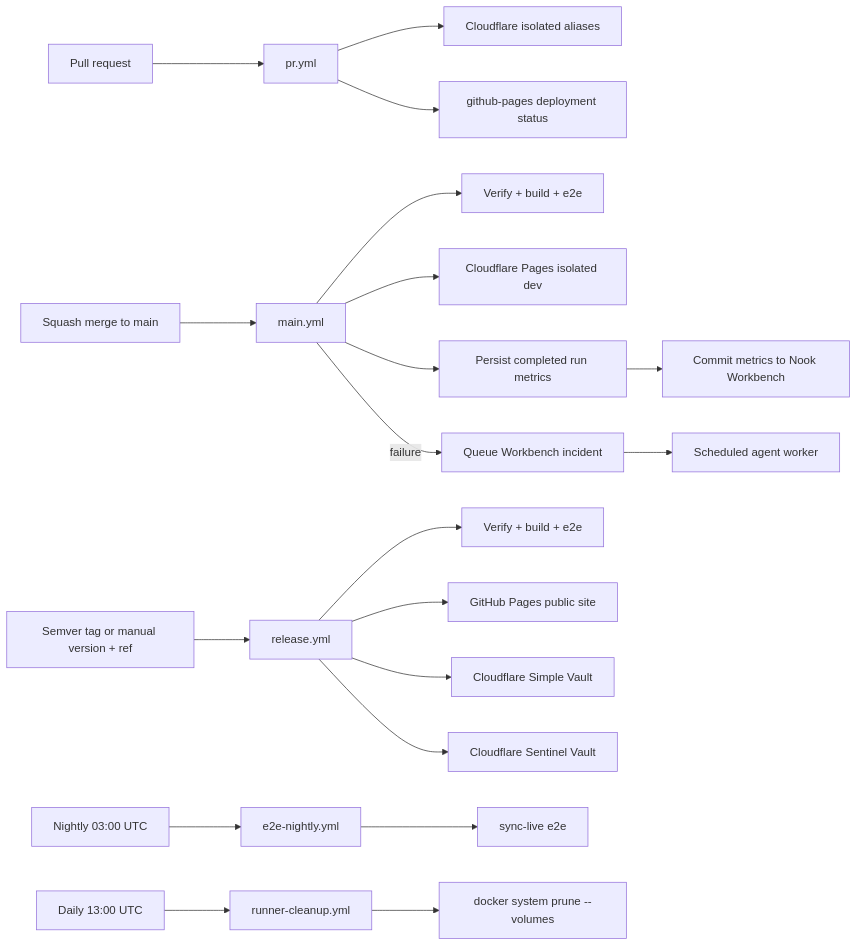
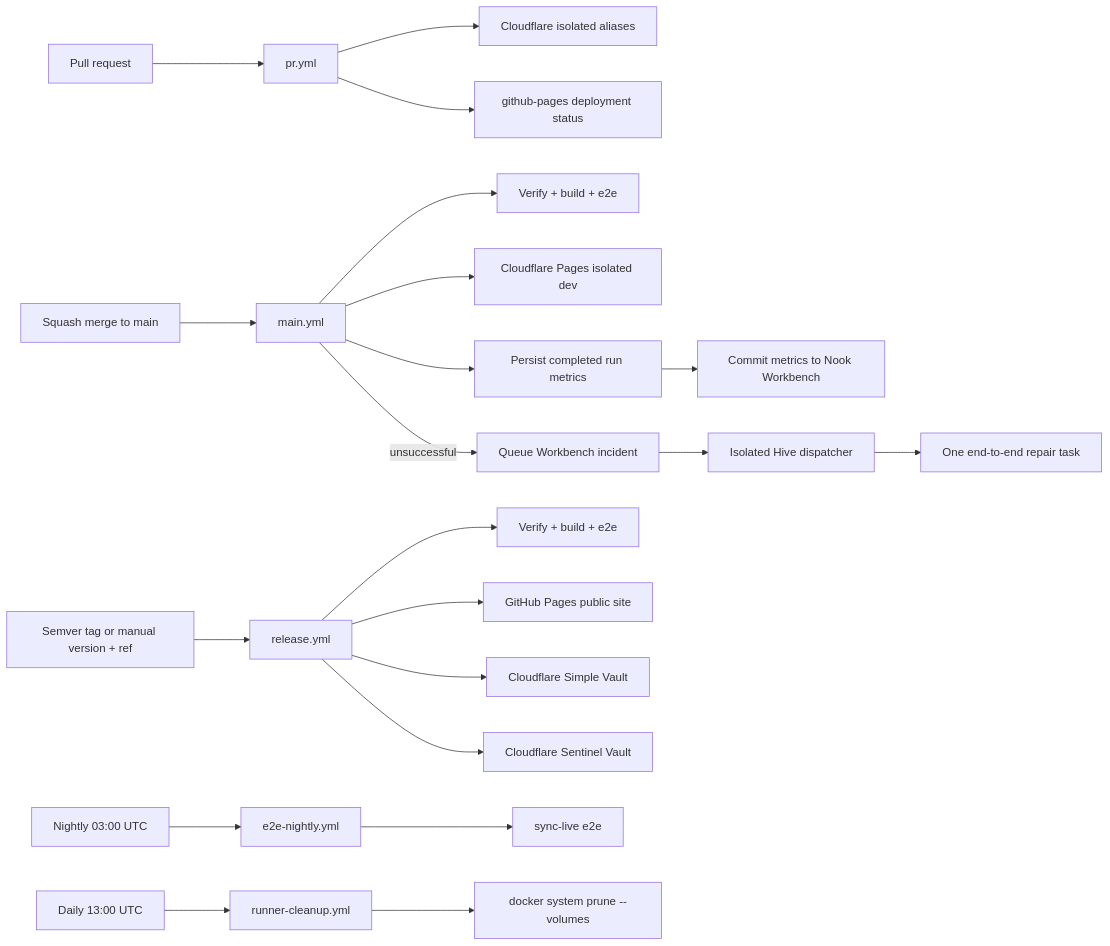
Before and after one commit to meta-secret/nook: the diagram in .cortex/workflows/ci-pipeline.md, drawn with Mermaid. The commit also changed other lines of this file and 9 other files, not shown here.

Commit message:
Separate Hive Main repair ownership

````diff
--- a/.cortex/workflows/ci-pipeline.md
+++ b/.cortex/workflows/ci-pipeline.md
@@ -27,26 +27,27 @@
 ```mermaid
 flowchart LR
   PR[Pull request] --> pr_yml[pr.yml]
   pr_yml --> preview[Cloudflare isolated aliases]
   pr_yml --> pr_deployment[github-pages deployment status]
 
   merge[Squash merge to main] --> main_yml[main.yml]
   main_yml --> main_verify[Verify + build + e2e]
   main_yml --> cf_dev[Cloudflare Pages isolated dev]
   main_yml --> main_stats[Persist completed run metrics]
   main_stats --> workbench_stats[Commit metrics to Nook Workbench]
-  main_yml -->|failure| main_failure[Queue Workbench incident]
-  main_failure --> agent_worker[Scheduled agent worker]
+  main_yml -->|unsuccessful| main_failure[Queue Workbench incident]
+  main_failure --> hive_dispatcher[Isolated Hive dispatcher]
+  hive_dispatcher --> hive_worker[One end-to-end repair task]
 
   release[Semver tag or manual version + ref] --> release_yml[release.yml]
   release_yml --> release_verify[Verify + build + e2e]
   release_yml --> pages[GitHub Pages public site]
   release_yml --> simple_cf[Cloudflare Simple Vault]
   release_yml --> sentinel_cf[Cloudflare Sentinel Vault]
 
   cron[Nightly 03:00 UTC] --> nightly[e2e-nightly.yml]
   nightly --> e2e_live[sync-live e2e]
 
   cleanup_cron[Daily 13:00 UTC] --> cleanup[runner-cleanup.yml]
   cleanup --> docker_prune["docker system prune --volumes"]
 ```
````
